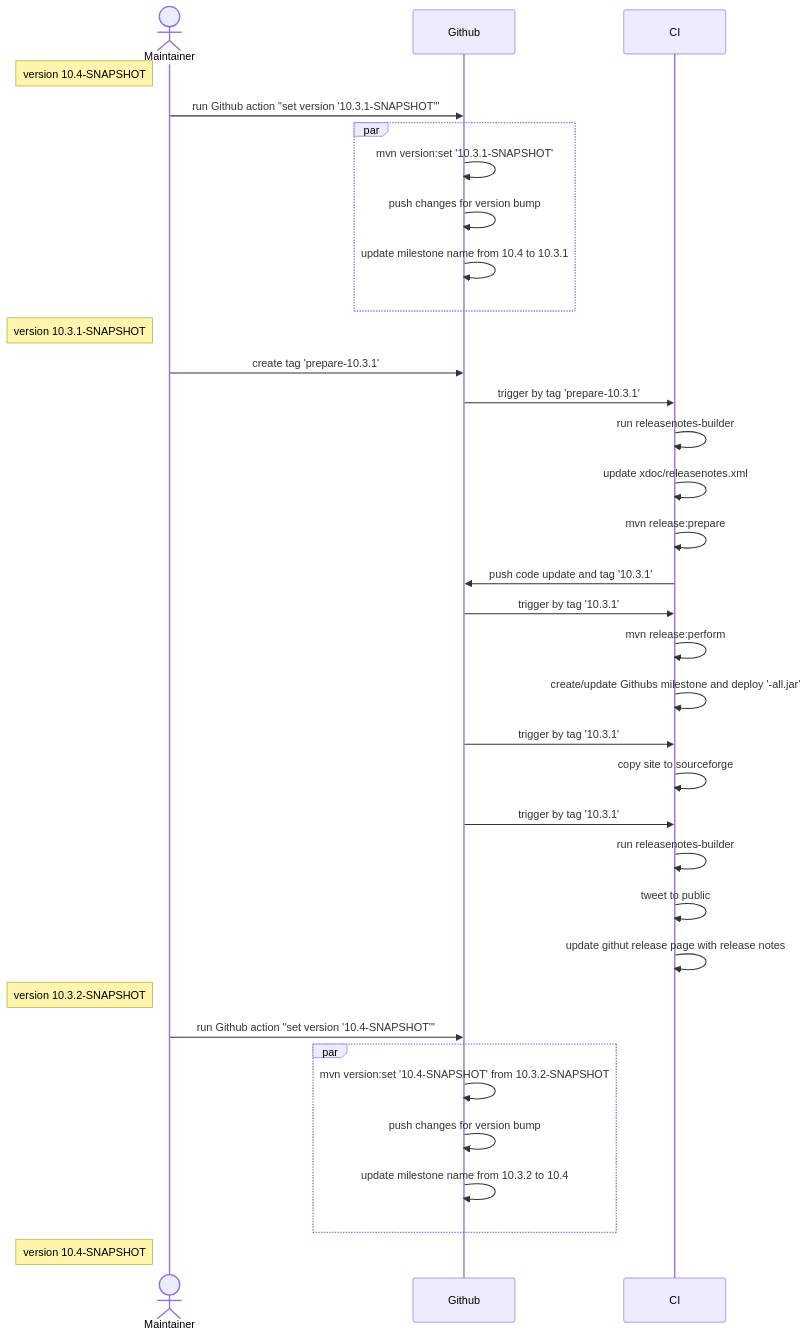
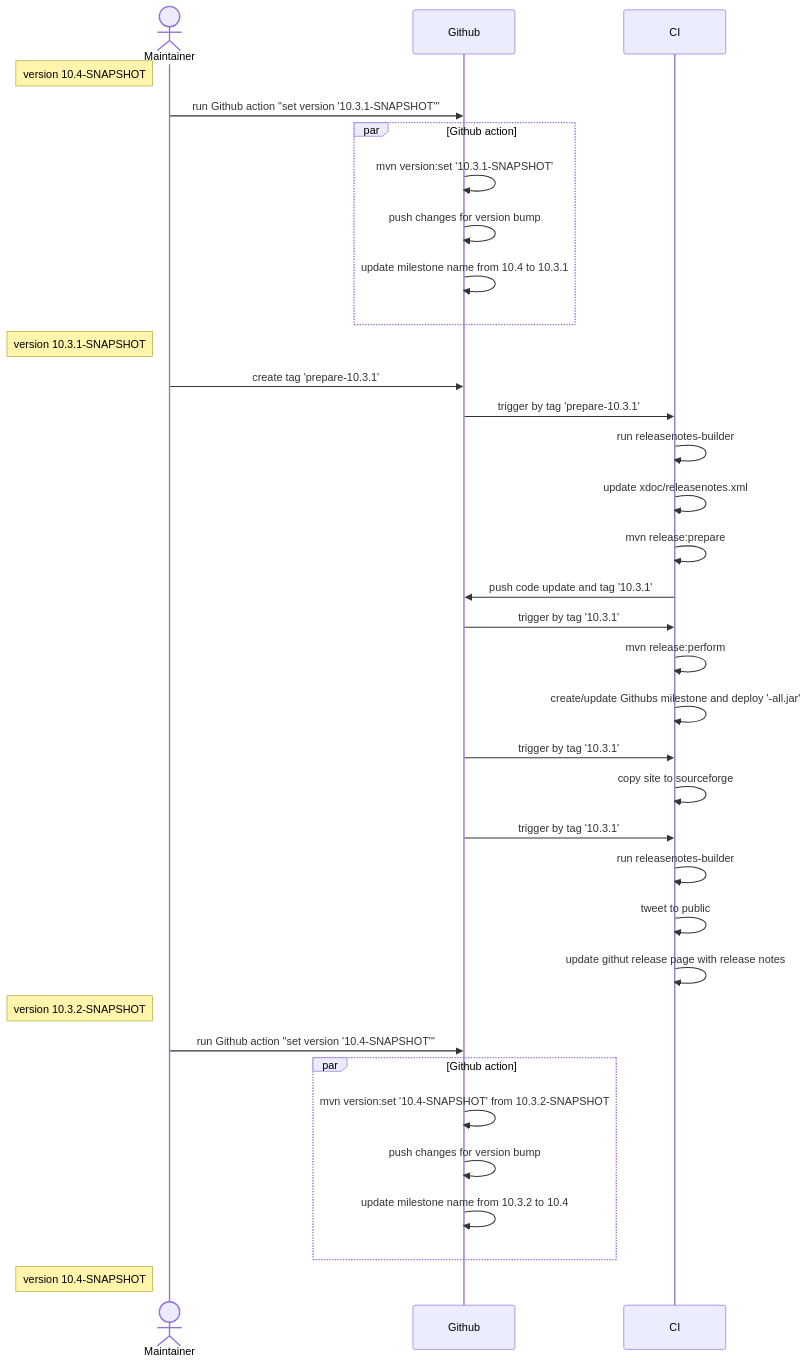
One commit to checkstyle/contribution changed the diagram in releasenotes-builder/diagrams.md. Above: the diagram before and after it, drawn with Mermaid.

Commit message:
doc: diag: Github action title for par

````diff
--- a/releasenotes-builder/diagrams.md
+++ b/releasenotes-builder/diagrams.md
@@ -5,44 +5,44 @@
 ```mermaid
 sequenceDiagram
     actor Maintainer
     participant Github
     participant CI
     
     Note left of Maintainer: version 10.4-SNAPSHOT
     Maintainer->>Github: run Github action "set version '10.3.1-SNAPSHOT'"
-    par
+    par Github action
         Github->>Github: mvn version:set '10.3.1-SNAPSHOT'
         Github->>Github: push changes for version bump
         Github->>Github: update milestone name from 10.4 to 10.3.1
     end
     
     Note left of Maintainer: version 10.3.1-SNAPSHOT
     Maintainer->>Github: create tag 'prepare-10.3.1'
     
     Github->>CI: trigger by tag 'prepare-10.3.1'
     CI->>CI: run releasenotes-builder
     CI->>CI: update xdoc/releasenotes.xml
     CI->>CI: mvn release:prepare
     CI->>Github: push code update and tag '10.3.1'
 
     Github->>CI: trigger by tag '10.3.1'
     CI->>CI: mvn release:perform
     CI->>CI: create/update Githubs milestone and deploy '-all.jar'
     
     Github->>CI: trigger by tag '10.3.1'
     CI->>CI: copy site to sourceforge
 
     Github->>CI: trigger by tag '10.3.1'
     CI->>CI: run releasenotes-builder
     CI->>CI: tweet to public
     CI->>CI: update githut release page with release notes
 
     Note left of Maintainer: version 10.3.2-SNAPSHOT
     Maintainer->>Github: run Github action "set version '10.4-SNAPSHOT'"
-    par
+    par Github action
         Github->>Github: mvn version:set '10.4-SNAPSHOT' from 10.3.2-SNAPSHOT
         Github->>Github: push changes for version bump
         Github->>Github: update milestone name from 10.3.2 to 10.4
     end
     Note left of Maintainer: version 10.4-SNAPSHOT
 ```
````
